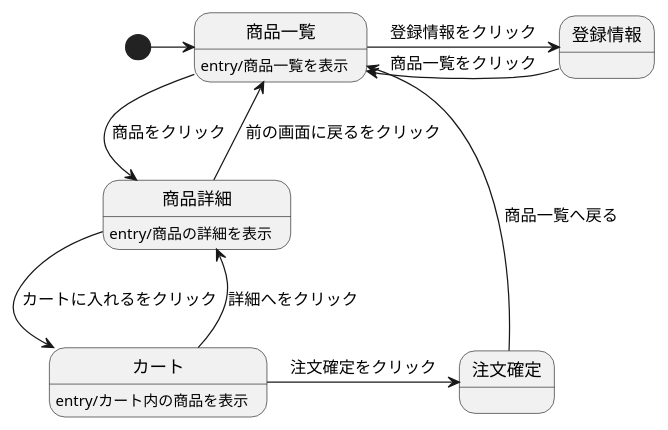
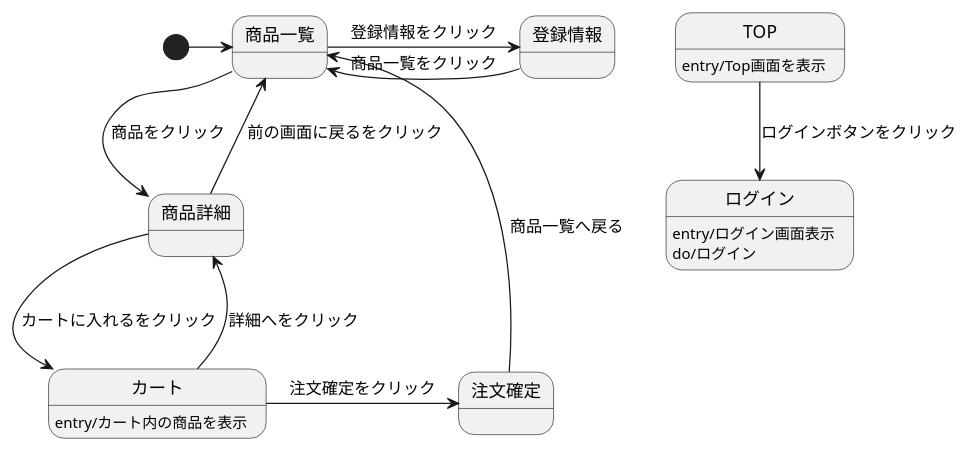
The diagram in ScreenTransitionDiagram.md (ASO2001040/bugbug-design), drawn with PlantUML before and after one commit.

````diff
--- a/ScreenTransitionDiagram.md
+++ b/ScreenTransitionDiagram.md
@@ -1,17 +1,19 @@
 ```uml
 @startuml
 [*]->商品一覧
 
-商品一覧: entry/商品一覧を表示
-商品詳細: entry/商品の詳細を表示
+TOP : entry/Top画面を表示
+TOP-->ログイン: ログインボタンをクリック
+ログイン: entry/ログイン画面表示
+ログイン : do/ログイン
 カート: entry/カート内の商品を表示
 商品一覧->商品詳細: 商品をクリック
 商品詳細-->商品一覧: 前の画面に戻るをクリック
 商品一覧->登録情報: 登録情報をクリック
 登録情報->商品一覧: 商品一覧をクリック
 商品詳細-->カート: カートに入れるをクリック
 カート-->商品詳細: 詳細へをクリック
 カート->注文確定: 注文確定をクリック
 注文確定->商品一覧: 商品一覧へ戻る
 @enduml
 ```
````
